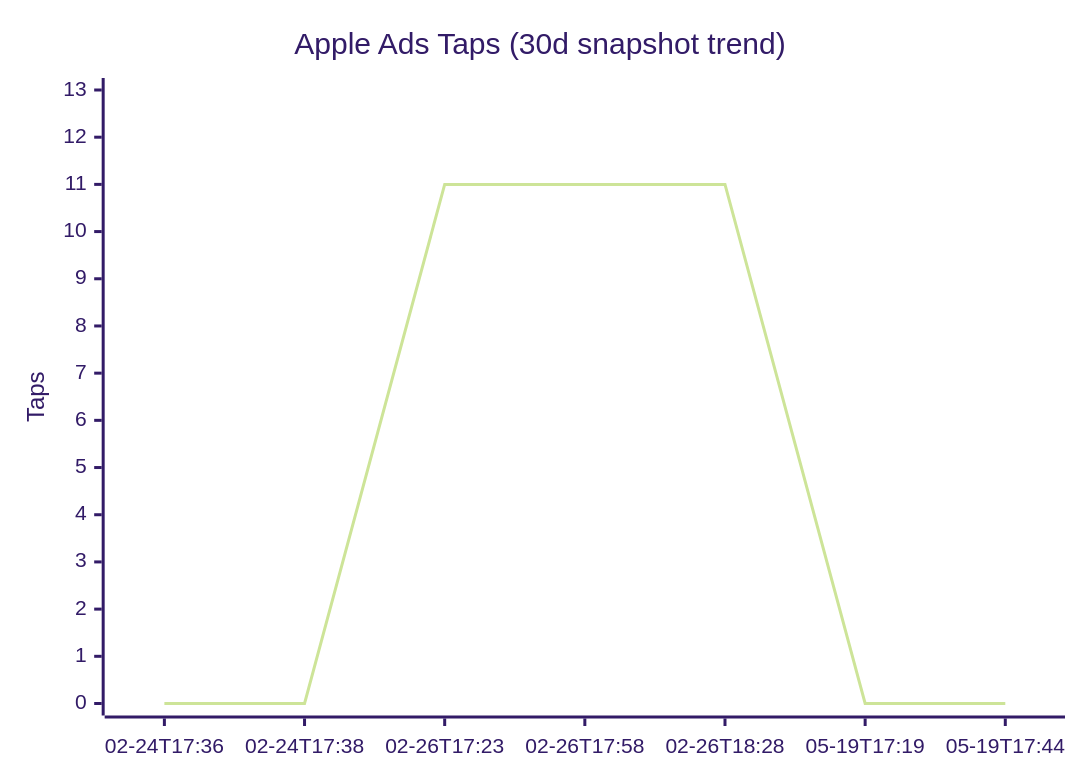
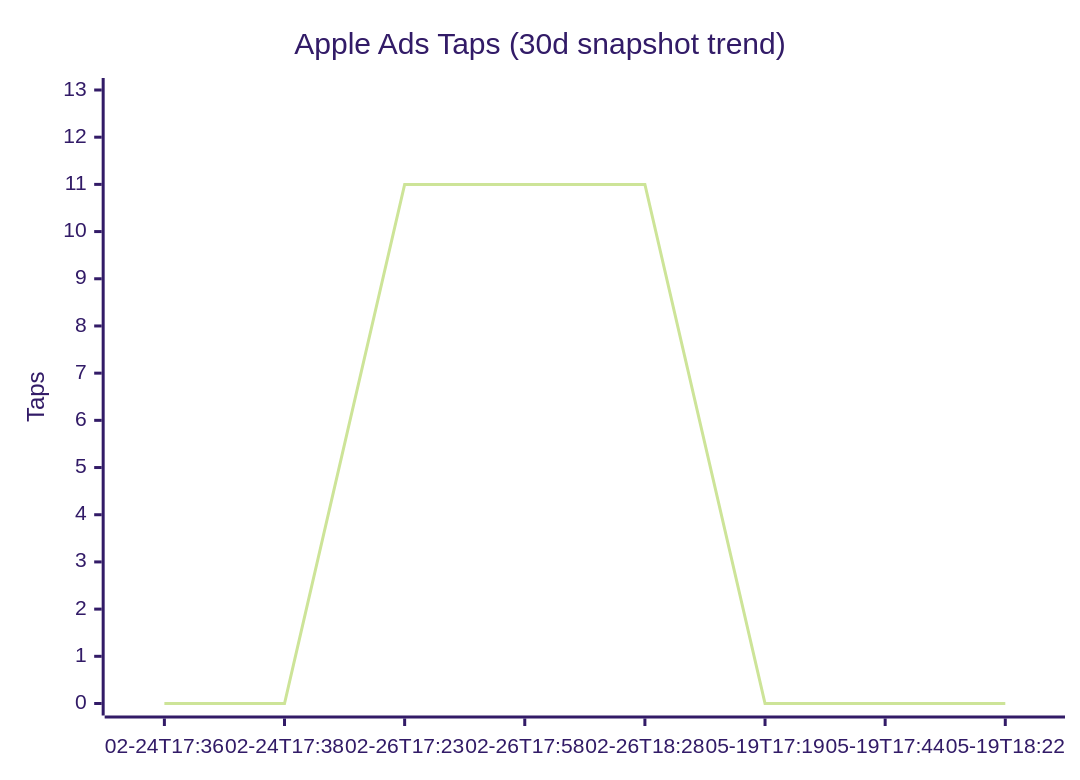
The third of 4 diagrams in wiki/Paid-Acquisition.md (IgorGanapolsky/Random-Timer), drawn with Mermaid (forest theme) before and after one commit. The commit also changed other lines of this file and 9 other files, not shown here.

````diff
--- a/wiki/Paid-Acquisition.md
+++ b/wiki/Paid-Acquisition.md
@@ -58,7 +58,7 @@
 ```mermaid
 xychart-beta
     title "Apple Ads Taps (30d snapshot trend)"
-    x-axis ["02-24T17:36" , "02-24T17:38" , "02-26T17:23" , "02-26T17:58" , "02-26T18:28" , "05-19T17:19" , "05-19T17:44"]
+    x-axis ["02-24T17:36" , "02-24T17:38" , "02-26T17:23" , "02-26T17:58" , "02-26T18:28" , "05-19T17:19" , "05-19T17:44" , "05-19T18:22"]
     y-axis "Taps" 0 --> 13
-    line [0 , 0 , 11 , 11 , 11 , 0 , 0]
+    line [0 , 0 , 11 , 11 , 11 , 0 , 0 , 0]
 ```
````
